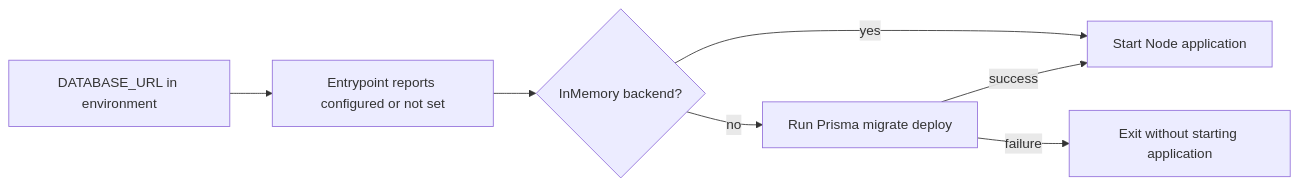
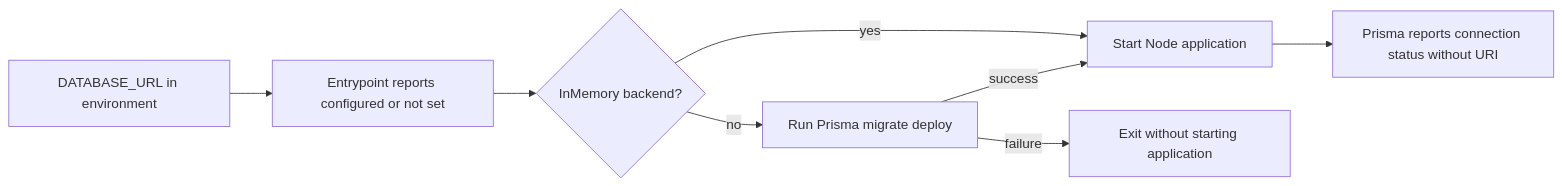
The diagram in docs/STARTUP_DATABASE_CONFIGURATION_REDACTION.md (pranems/SCIMServer), drawn with Mermaid before and after one commit. The commit also changed other lines of this file and 34 other files, not shown here.

````diff
--- a/docs/STARTUP_DATABASE_CONFIGURATION_REDACTION.md
+++ b/docs/STARTUP_DATABASE_CONFIGURATION_REDACTION.md
@@ -23,9 +26,10 @@
 ```mermaid
 flowchart LR
     ENV["DATABASE_URL in environment"] --> SHELL["Entrypoint reports configured or not set"]
     SHELL --> MODE{"InMemory backend?"}
     MODE -->|"yes"| APP["Start Node application"]
     MODE -->|"no"| MIGRATE["Run Prisma migrate deploy"]
     MIGRATE -->|"success"| APP
     MIGRATE -->|"failure"| STOP["Exit without starting application"]
+    APP --> STATUS["Prisma reports connection status without URI"]
 ```
````
